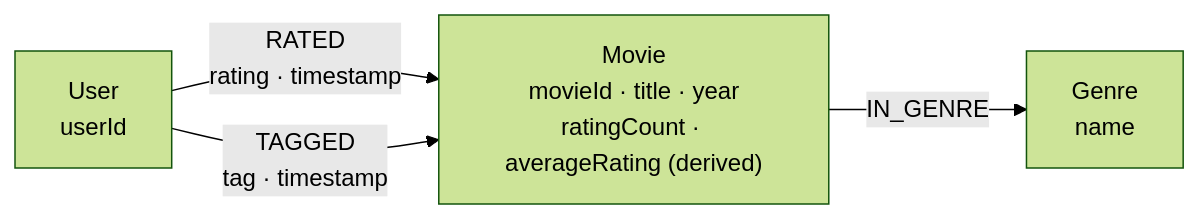
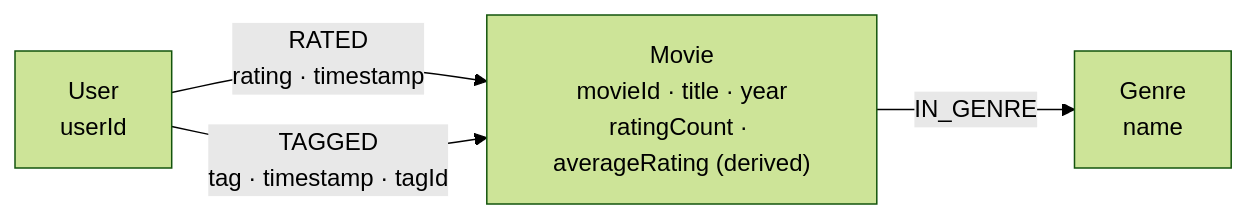
The diagram in docs/MODELING_DECISIONS_AND_AI_BASELINE.md (tiphaaane/movie-recommender-graphdb), drawn with Mermaid (forest theme) before and after one commit. The commit also changed other lines of this file, not shown here.

Commit message:
docs: use actual AI-generated graph baseline

````diff
--- a/docs/MODELING_DECISIONS_AND_AI_BASELINE.md
+++ b/docs/MODELING_DECISIONS_AND_AI_BASELINE.md
@@ -9,9 +9,9 @@
 ```mermaid
 flowchart LR
     U["User<br/>userId"]
     M["Movie<br/>movieId · title · year<br/>ratingCount · averageRating (derived)"]
     G["Genre<br/>name"]
     U -->|"RATED<br/>rating · timestamp"| M
-    U -->|"TAGGED<br/>tag · timestamp"| M
+    U -->|"TAGGED<br/>tag · timestamp · tagId"| M
     M -->|"IN_GENRE"| G
 ```
````
